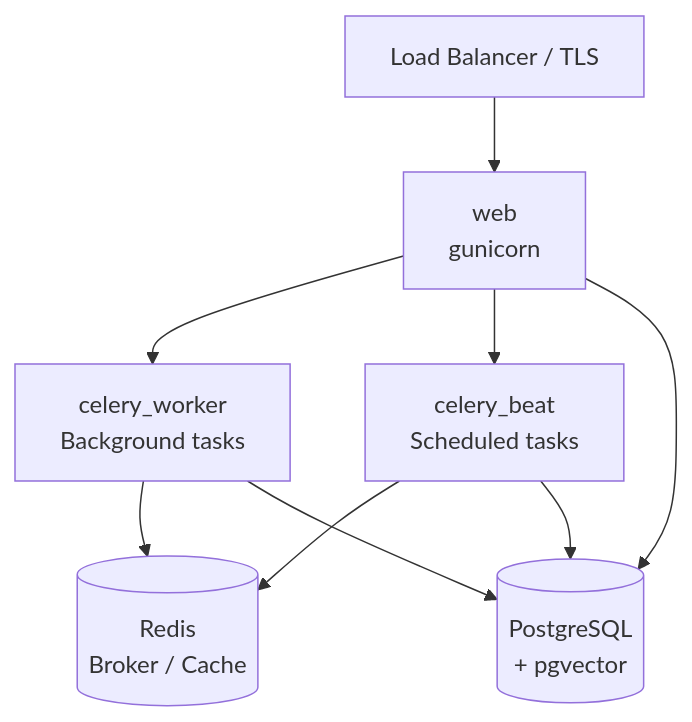
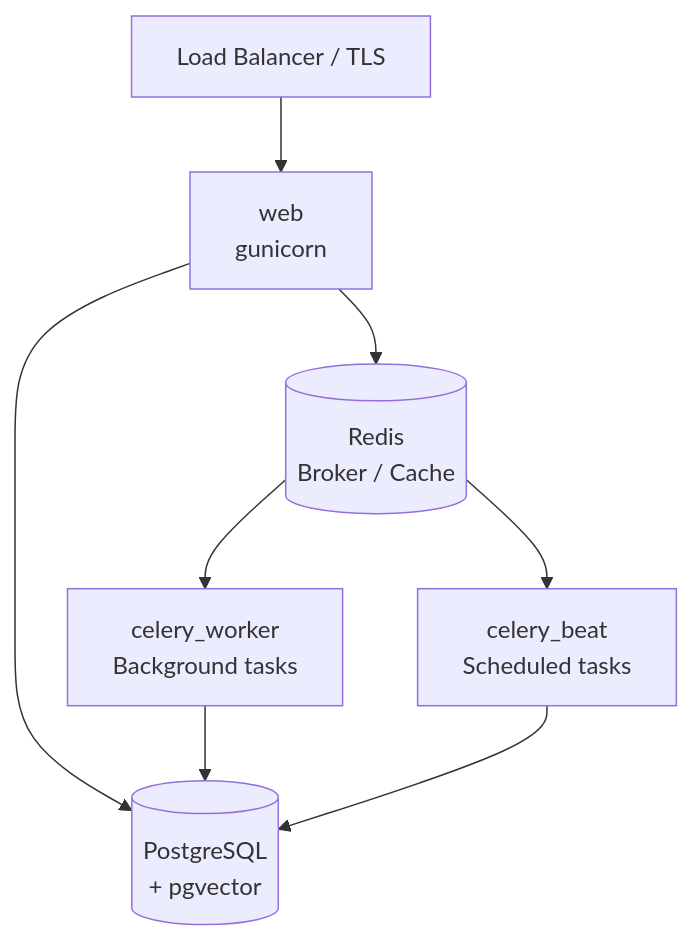
The diagram in docs/hosting/index.md (dimagi/open-chat-studio), drawn with Mermaid before and after one commit. The commit also changed 4 other files, not shown here.

````diff
--- a/docs/hosting/index.md
+++ b/docs/hosting/index.md
@@ -9,18 +9,17 @@
 ```mermaid
 flowchart TD
     LB[Load Balancer / TLS]
     WEB["web<br>gunicorn"]
     CW["celery_worker<br>Background tasks"]
     CB["celery_beat<br>Scheduled tasks"]
     PG[("PostgreSQL<br>+ pgvector")]
     RD[("Redis<br>Broker / Cache")]
 
     LB --> WEB
-    WEB --> CW
-    WEB --> CB
+    WEB --> RD
     WEB --> PG
-    CW --> RD
-    CB --> RD
+    RD --> CW
+    RD --> CB
     CW --> PG
     CB --> PG
 ```
````
